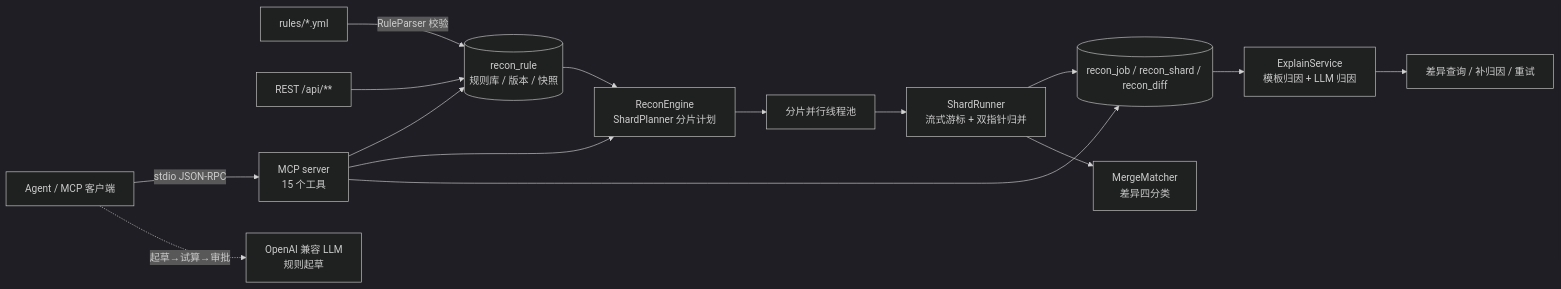
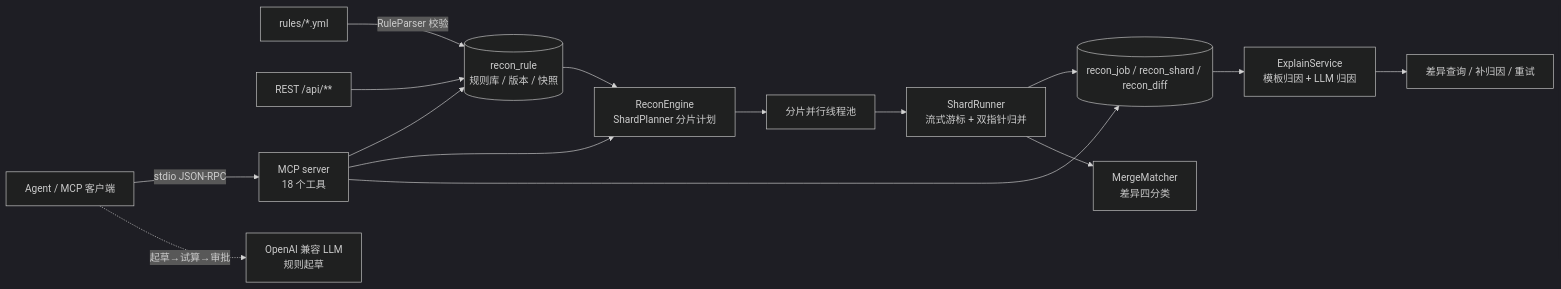
Before and after one commit to Dolo-w/recon-lens: the diagram in README.md, drawn with Mermaid (dark theme). The commit also changed other lines of this file, not shown here.

First line of the commit message:
docs(readme): 三种使用方式 P0/P1/P2，MCP 工具数修正为 18

````diff
--- a/README.md
+++ b/README.md
@@ -54,17 +55,17 @@
 ```mermaid
 flowchart LR
     R[rules/*.yml] -->|RuleParser 校验| CAT[(recon_rule<br/>规则库 / 版本 / 快照)]
     API[REST /api/**] --> CAT
-    AGENT[Agent / MCP 客户端] -->|stdio JSON-RPC| MCP[MCP server<br/>15 个工具]
+    AGENT[Agent / MCP 客户端] -->|stdio JSON-RPC| MCP[MCP server<br/>18 个工具]
     MCP --> CAT
     MCP --> ENG
     MCP --> DB
     CAT --> ENG[ReconEngine<br/>ShardPlanner 分片计划]
     ENG --> POOL[分片并行线程池]
     POOL --> RUN[ShardRunner<br/>流式游标 + 双指针归并]
     RUN --> DB[(recon_job / recon_shard / recon_diff)]
     RUN --> MM[MergeMatcher<br/>差异四分类]
     DB --> EXP[ExplainService<br/>模板归因 + LLM 归因]
     EXP --> API2[差异查询 / 补归因 / 重试]
     AGENT -.->|起草→试算→审批| LLM[OpenAI 兼容 LLM<br/>规则起草]
 ```
````
